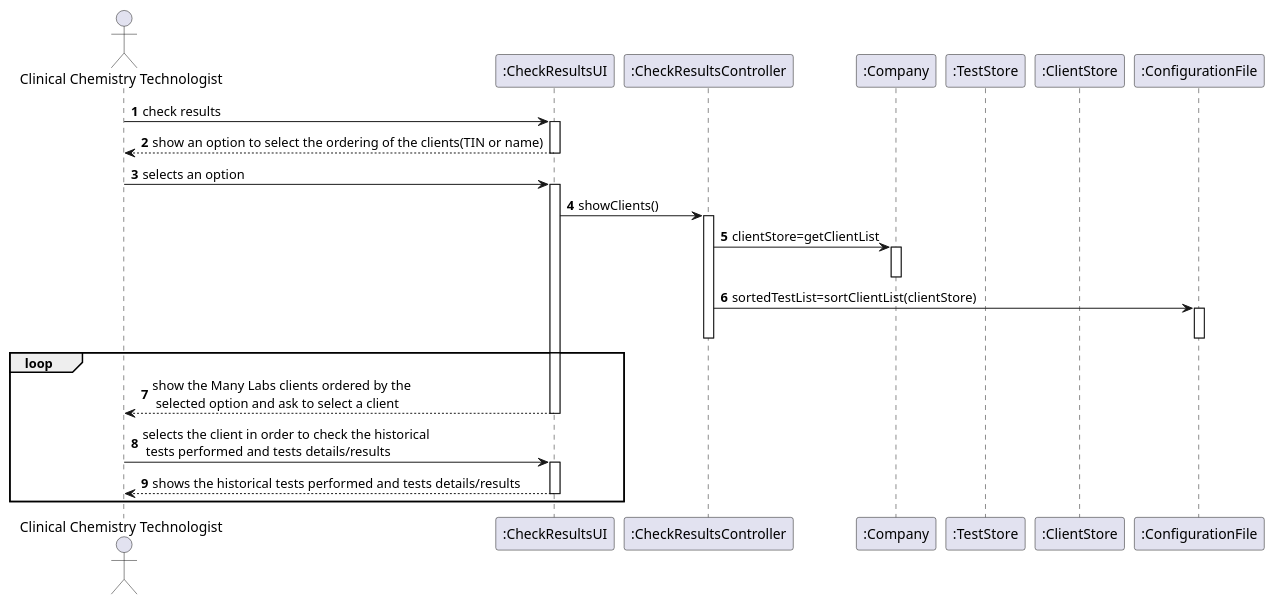
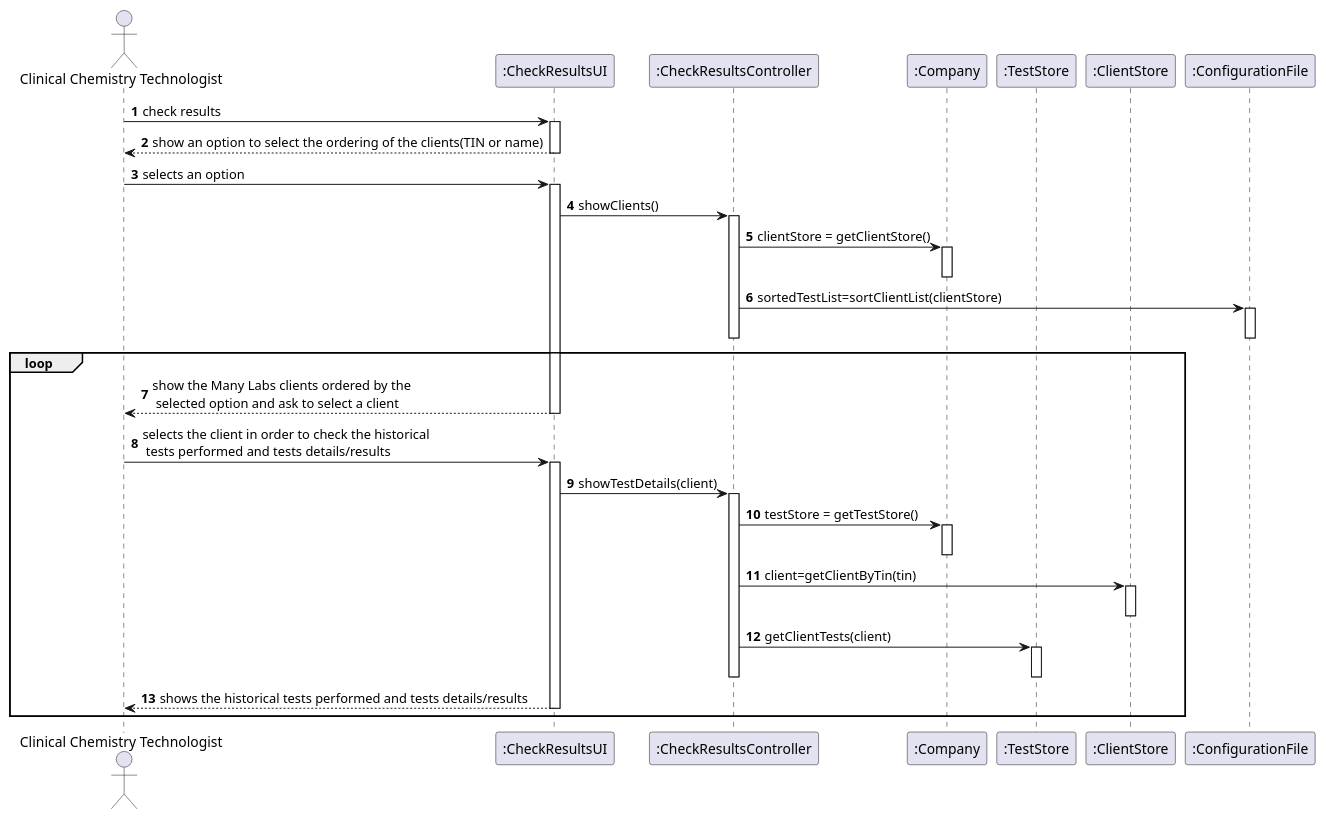
One commit to GuilhermeCunha79/lapr2 changed the diagram in docs/SprintD/US13/UC13_SD.puml. Above: the diagram before and after it, drawn with PlantUML. The commit also changed 4 other files, not shown here.

```diff
--- a/docs/SprintD/US13/UC13_SD.puml
+++ b/docs/SprintD/US13/UC13_SD.puml
@@ -1,45 +1,57 @@
 @startuml
 'https://plantuml.com/sequence-diagram
 
 autonumber
 
 actor "Clinical Chemistry Technologist" as CCT
 participant ":CheckResultsUI" as UI
 participant ":CheckResultsController" as CTRL
 participant ":Company" as COMP
 participant ":TestStore" as TS
 participant ":ClientStore" as CS
 participant ":ConfigurationFile" as CF
 
 
 CCT->UI : check results
 activate UI
 
 UI-->CCT: show an option to select the ordering of the clients(TIN or name)
 deactivate UI
 
 CCT->UI : selects an option
 activate UI
 UI-> CTRL : showClients()
 activate CTRL
-CTRL-> COMP : clientStore=getClientList
+CTRL-> COMP : clientStore = getClientStore()
 activate COMP
 deactivate COMP
 CTRL-> CF : sortedTestList=sortClientList(clientStore)
 activate CF
 deactivate CF
 deactivate CTRL
 
 loop
 UI-->CCT:show the Many Labs clients ordered by the\n selected option and ask to select a client
 
 deactivate UI
 
 CCT->UI : selects the client in order to check the historical\n tests performed and tests details/results
 activate UI
+UI-> CTRL : showTestDetails(client)
+activate CTRL
+CTRL->COMP :testStore = getTestStore()
+activate COMP
+deactivate COMP
+CTRL-> CS : client=getClientByTin(tin)
+activate CS
+deactivate CS
+CTRL->TS : getClientTests(client)
+activate TS
+deactivate TS
+deactivate CTRL
 
 UI-->CCT:shows the historical tests performed and tests details/results
 
 deactivate UI
 end
 @enduml
```
